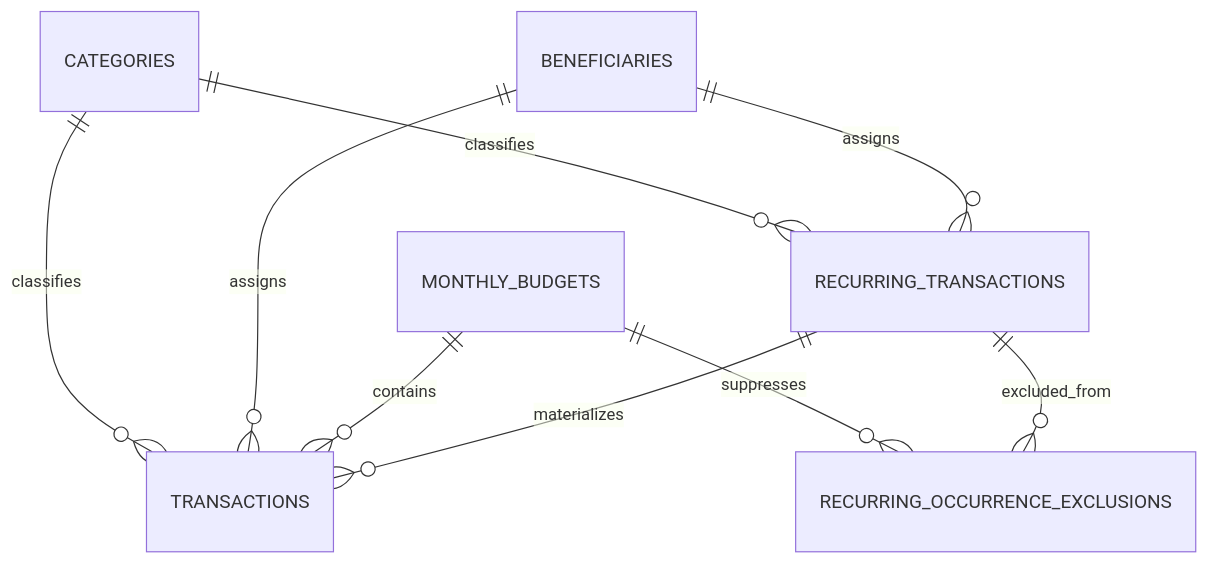
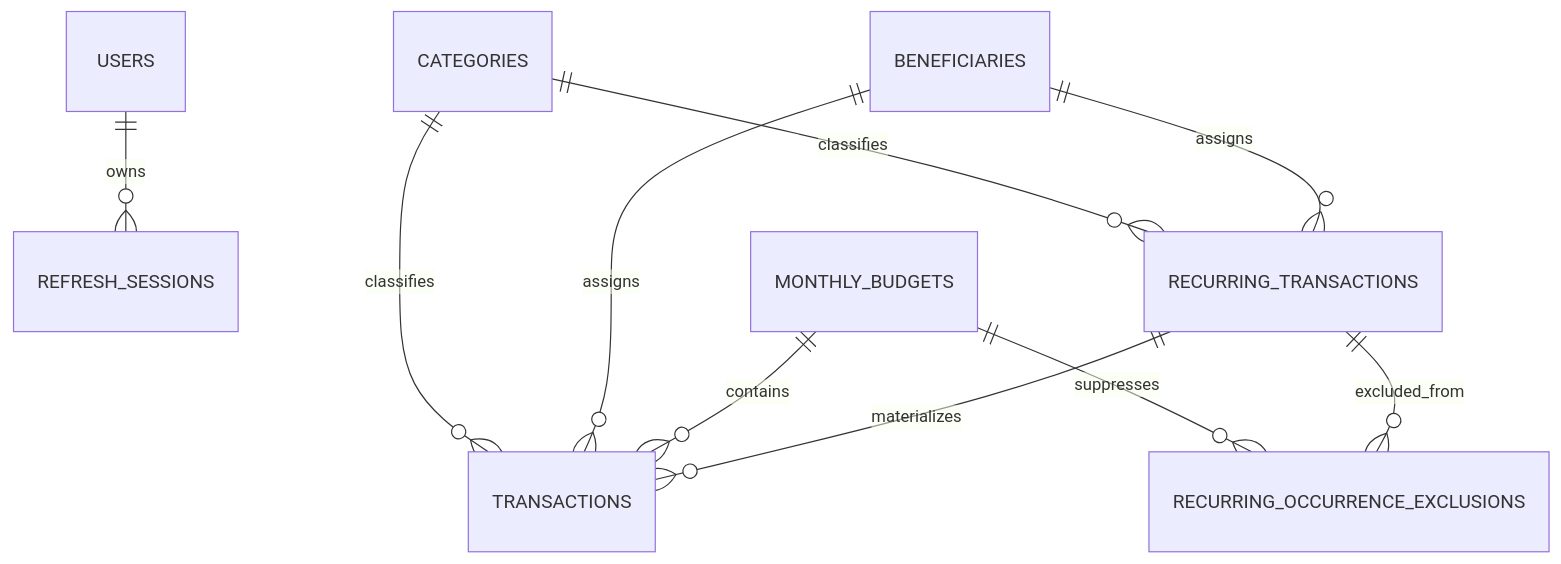
One commit to tiaggofg/lumo-app changed the second of 3 diagrams in docs/modelo-dominio-e-dados.md. Above: the diagram before and after it, drawn with Mermaid. The commit also changed other lines of this file and 92 other files, not shown here.

````diff
--- a/docs/modelo-dominio-e-dados.md
+++ b/docs/modelo-dominio-e-dados.md
@@ -54,11 +71,12 @@
 ```mermaid
 erDiagram
+  USERS ||--o{ REFRESH_SESSIONS : owns
   CATEGORIES ||--o{ TRANSACTIONS : classifies
   BENEFICIARIES ||--o{ TRANSACTIONS : assigns
   CATEGORIES ||--o{ RECURRING_TRANSACTIONS : classifies
   BENEFICIARIES ||--o{ RECURRING_TRANSACTIONS : assigns
   MONTHLY_BUDGETS ||--o{ TRANSACTIONS : contains
   RECURRING_TRANSACTIONS ||--o{ TRANSACTIONS : materializes
   MONTHLY_BUDGETS ||--o{ RECURRING_OCCURRENCE_EXCLUSIONS : suppresses
   RECURRING_TRANSACTIONS ||--o{ RECURRING_OCCURRENCE_EXCLUSIONS : excluded_from
 ```
````
